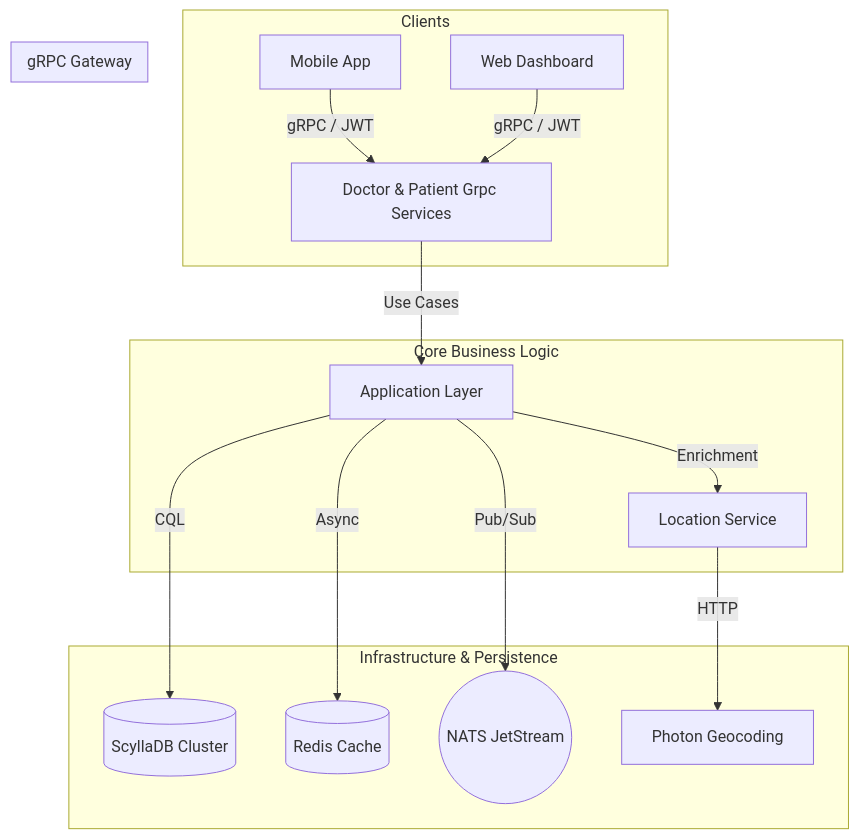
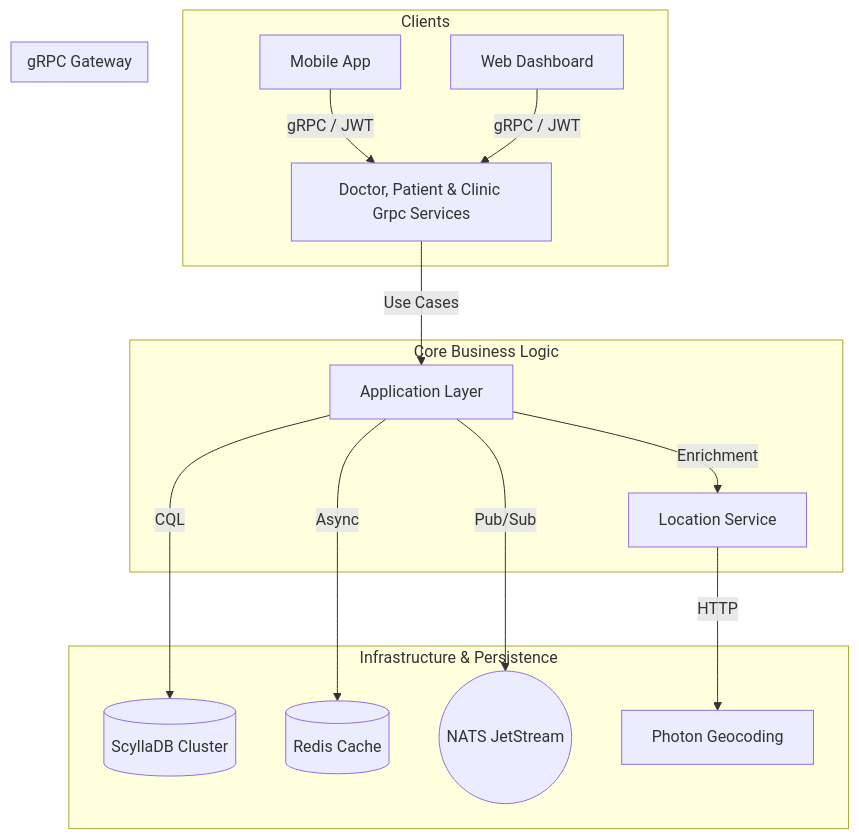
One commit to nt4c1/Project changed the diagram in README.md. Above: the diagram before and after it, drawn with Mermaid. The commit also changed other lines of this file, not shown here.

````diff
--- a/README.md
+++ b/README.md
@@ -16,23 +16,23 @@
 ```mermaid
 graph TD
     subgraph "Clients"
         A[Mobile App] --> |gRPC / JWT| G
         B[Web Dashboard] --> |gRPC / JWT| G
     end
 
     subgraph "gRPC Gateway"
-        G[Doctor & Patient Grpc Services]
+        G[Doctor, Patient & Clinic Grpc Services]
     end
 
     subgraph "Core Business Logic"
         G --> |Use Cases| UC[Application Layer]
         UC --> |Enrichment| LS[Location Service]
     end
 
     subgraph "Infrastructure & Persistence"
         UC --> |CQL| DB[(ScyllaDB Cluster)]
         UC --> |Async| RD[(Redis Cache)]
         UC --> |Pub/Sub| NT((NATS JetStream))
         LS --> |HTTP| PH[Photon Geocoding]
     end
 ```
````
